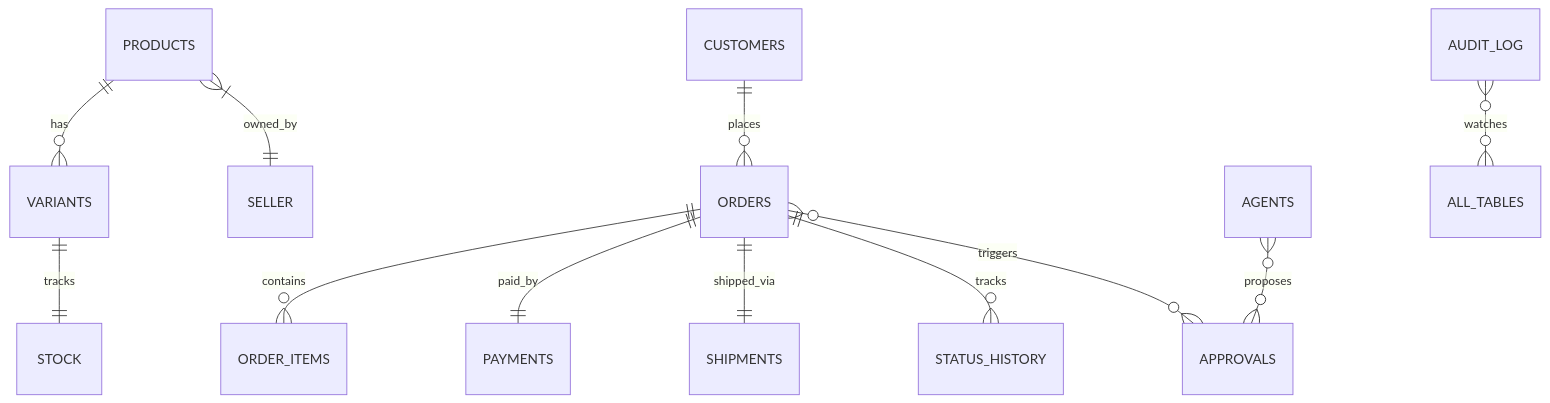
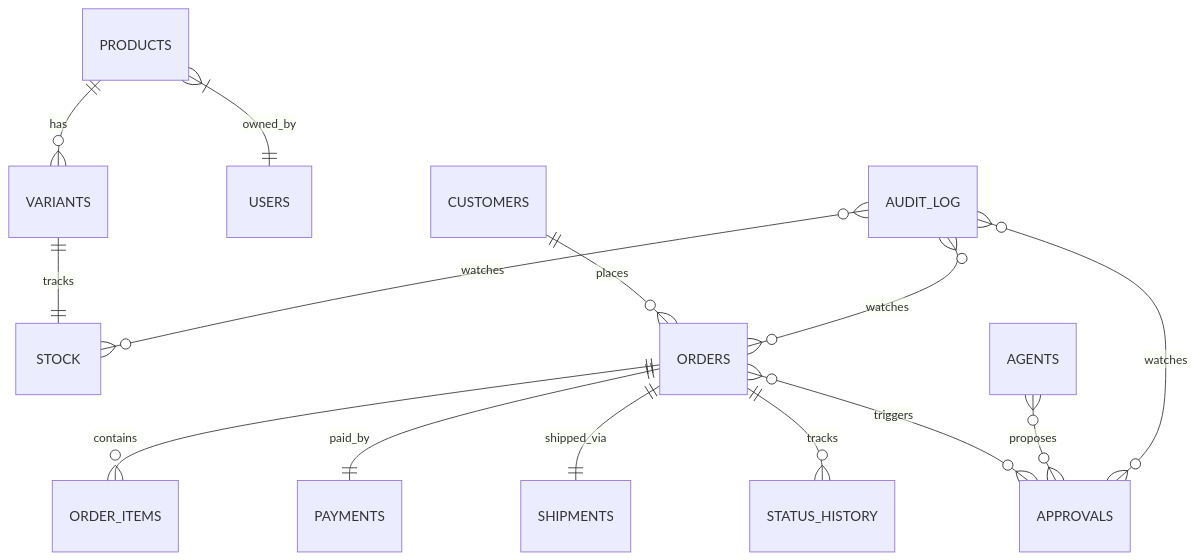
One commit to RishiSakhija/Shiro changed the diagram in docs/DATA_MODEL.md. Above: the diagram before and after it, drawn with Mermaid. The commit also changed other lines of this file, not shown here.

Commit message:
docs: fix ER diagram in DATA_MODEL.md - reference only existing tables (USERS, not SELLER; watch specific tables, not ALL_TABLES)

````diff
--- a/docs/DATA_MODEL.md
+++ b/docs/DATA_MODEL.md
@@ -144,14 +144,16 @@
 ```mermaid
 erDiagram
     PRODUCTS ||--o{ VARIANTS : has
     VARIANTS ||--|| STOCK : tracks
-    PRODUCTS }|--|| SELLER : owned_by
+    PRODUCTS }|--|| USERS : owned_by
     CUSTOMERS ||--o{ ORDERS : places
     ORDERS ||--o{ ORDER_ITEMS : contains
     ORDERS ||--|| PAYMENTS : paid_by
     ORDERS ||--|| SHIPMENTS : shipped_via
     ORDERS ||--o{ STATUS_HISTORY : tracks
     ORDERS }o--o{ APPROVALS : triggers
     AGENTS }o--o{ APPROVALS : proposes
-    AUDIT_LOG }o--o{ ALL_TABLES : watches
+    AUDIT_LOG }o--o{ ORDERS : watches
+    AUDIT_LOG }o--o{ APPROVALS : watches
+    AUDIT_LOG }o--o{ STOCK : watches
 ```
````
